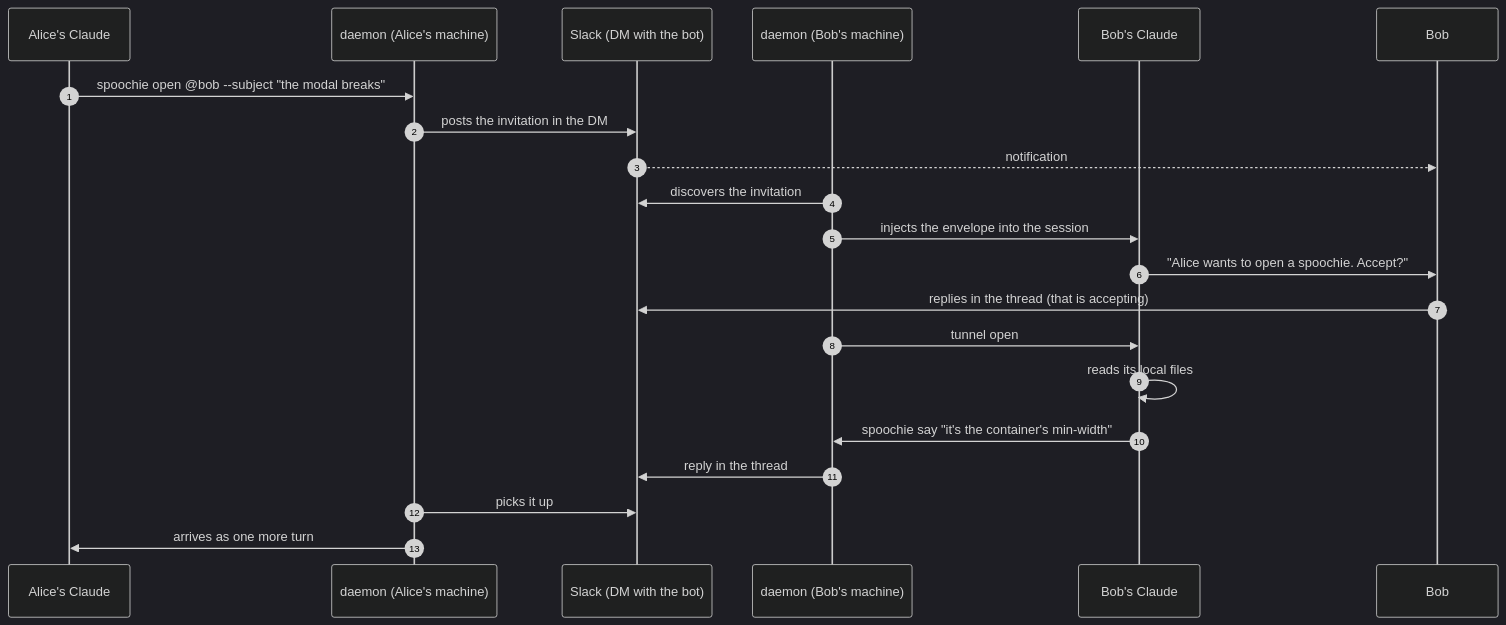
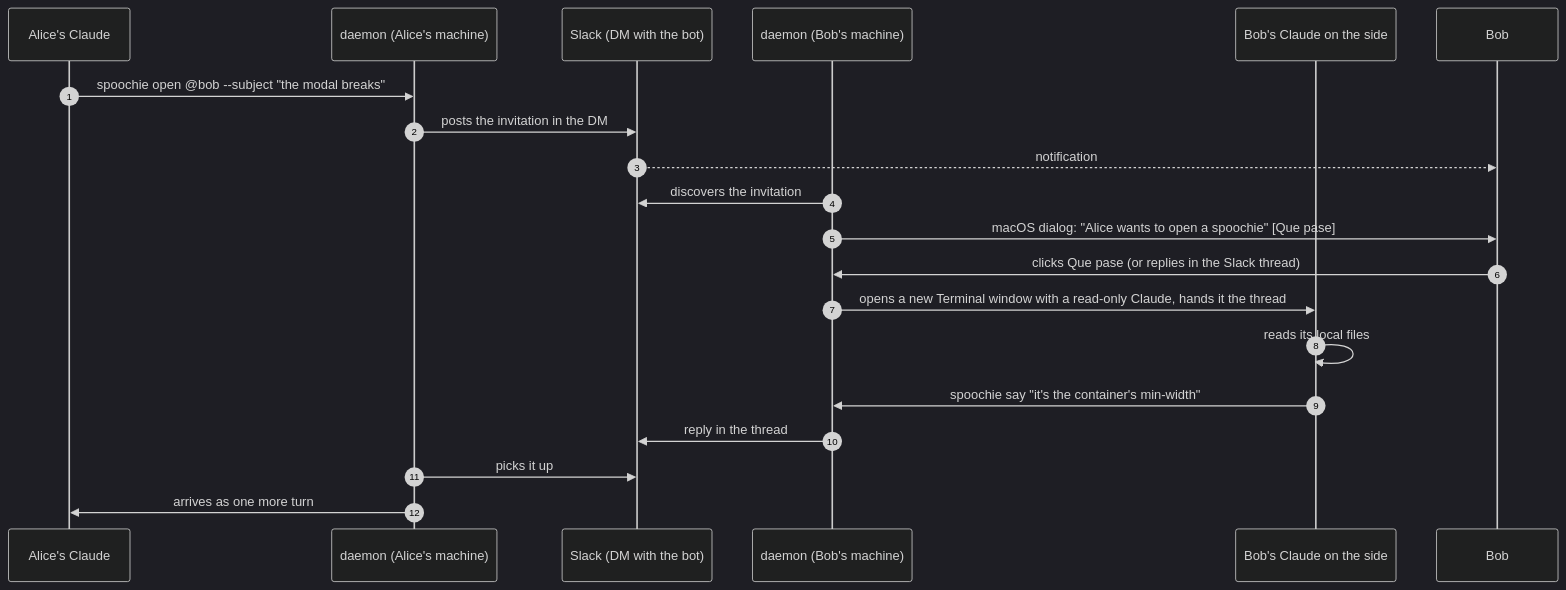
One commit to edugargar/spochie changed the first of 2 diagrams in README.md. Above: the diagram before and after it, drawn with Mermaid (dark theme). The commit also changed other lines of this file and 8 other files, not shown here.

First line of the commit message:
0.7.0: an incoming spoochie is a macOS dialog, not a turn in the terminal you work in

````diff
--- a/README.md
+++ b/README.md
@@ -104,24 +104,23 @@
 ```mermaid
 sequenceDiagram
     autonumber
     participant CA as Alice's Claude
     participant DA as daemon (Alice's machine)
     participant S as Slack (DM with the bot)
     participant DB as daemon (Bob's machine)
-    participant CB as Bob's Claude
+    participant CB as Bob's Claude on the side
     participant B as Bob
 
     CA->>DA: spoochie open @bob --subject "the modal breaks"
     DA->>S: posts the invitation in the DM
     S-->>B: notification
     DB->>S: discovers the invitation
-    DB->>CB: injects the envelope into the session
-    CB->>B: "Alice wants to open a spoochie. Accept?"
-    B->>S: replies in the thread (that is accepting)
-    DB->>CB: tunnel open
+    DB->>B: macOS dialog: "Alice wants to open a spoochie" [Que pase]
+    B->>DB: clicks Que pase (or replies in the Slack thread)
+    DB->>CB: opens a new Terminal window with a read-only Claude, hands it the thread
     CB->>CB: reads its local files
     CB->>DB: spoochie say "it's the container's min-width"
     DB->>S: reply in the thread
     DA->>S: picks it up
     DA->>CA: arrives as one more turn
 ```
````
